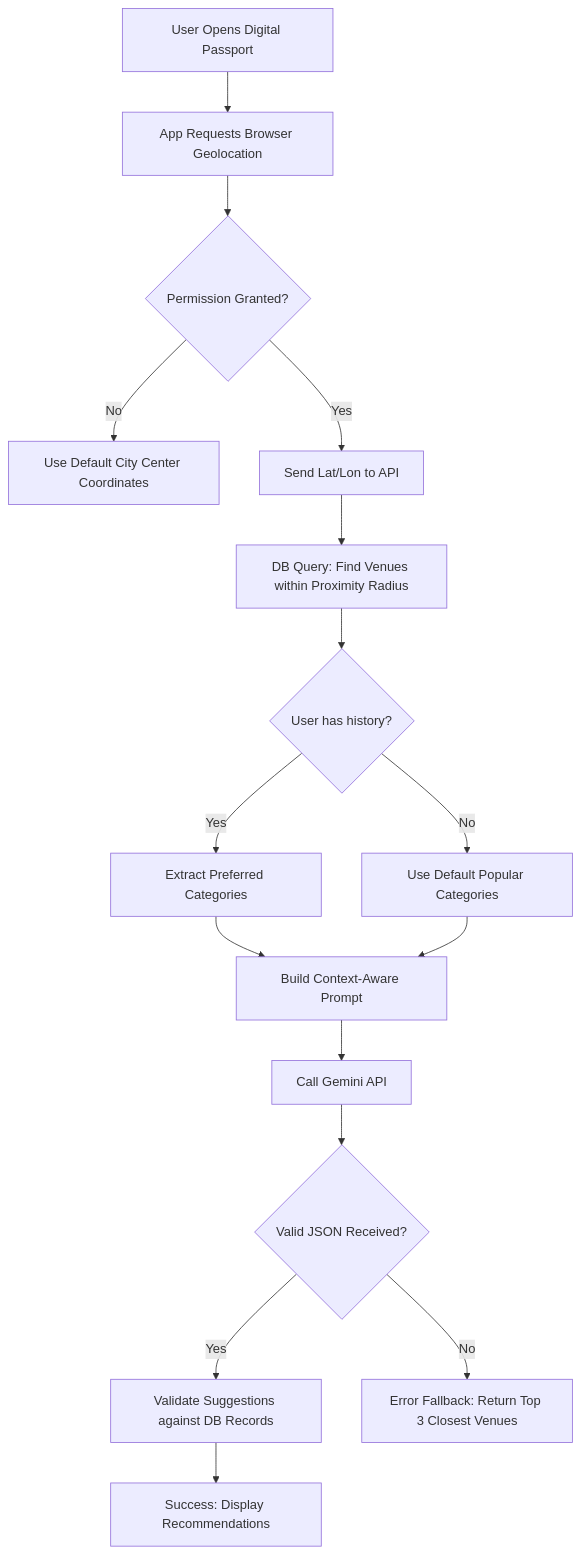
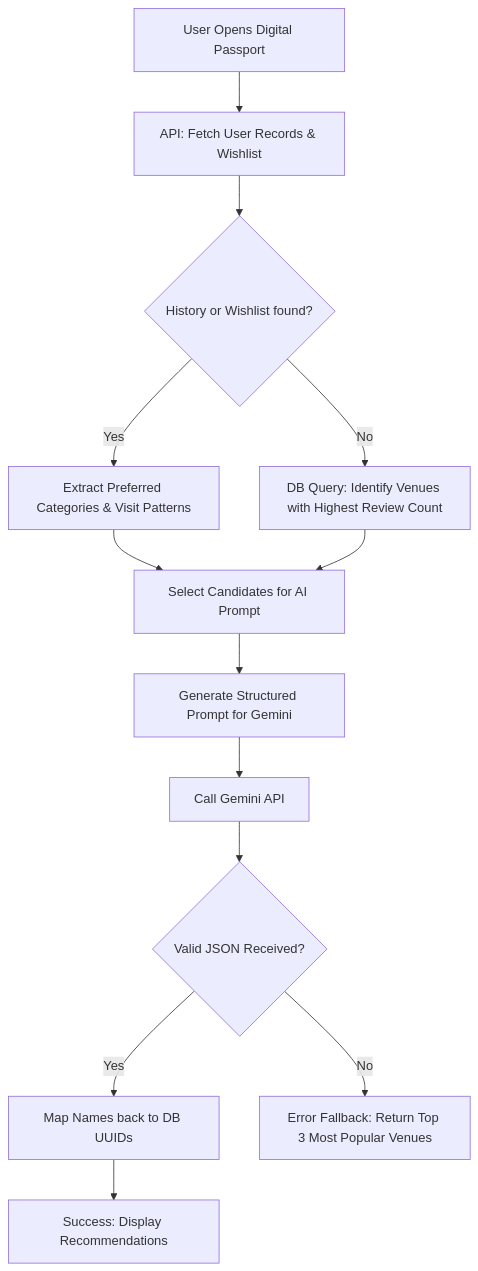
The second of 2 diagrams in docs/guidelines/ai-suggestions-behavior.md (Josejgs1/Trabalho_Pratico-ES), drawn with Mermaid before and after one commit. The commit also changed other lines of this file, not shown here.

Commit message:
docs: update ai suggestions behavior to use popularity-based logic

````diff
--- a/docs/guidelines/ai-suggestions-behavior.md
+++ b/docs/guidelines/ai-suggestions-behavior.md
@@ -37,18 +42,15 @@
 ```mermaid
 graph TD
-    A[User Opens Digital Passport] --> B[App Requests Browser Geolocation]
-    B --> C{Permission Granted?}
-    C -- No --> D[Use Default City Center Coordinates]
-    C -- Yes --> E[Send Lat/Lon to API]
-    E --> F[DB Query: Find Venues within Proximity Radius]
-    F --> G{User has history?}
-    G -- Yes --> H[Extract Preferred Categories]
-    G -- No --> I[Use Default Popular Categories]
-    H --> J[Build Context-Aware Prompt]
-    I --> J
-    J --> K[Call Gemini API]
-    K --> L{Valid JSON Received?}
-    L -- Yes --> M[Validate Suggestions against DB Records]
-    L -- No --> N[Error Fallback: Return Top 3 Closest Venues]
-    M --> O[Success: Display Recommendations]
+A[User Opens Digital Passport] --> B[API: Fetch User Records & Wishlist]
+    B --> C{History or Wishlist found?}
+    C -- Yes --> D[Extract Preferred Categories & Visit Patterns]
+    C -- No --> E[DB Query: Identify Venues with Highest Review Count]
+    D --> F[Select Candidates for AI Prompt]
+    E --> F
+    F --> G[Generate Structured Prompt for Gemini]
+    G --> H[Call Gemini API]
+    H --> I{Valid JSON Received?}
+    I -- Yes --> J[Map Names back to DB UUIDs]
+    I -- No --> K[Error Fallback: Return Top 3 Most Popular Venues]
+    J --> L[Success: Display Recommendations]
 ```
````
